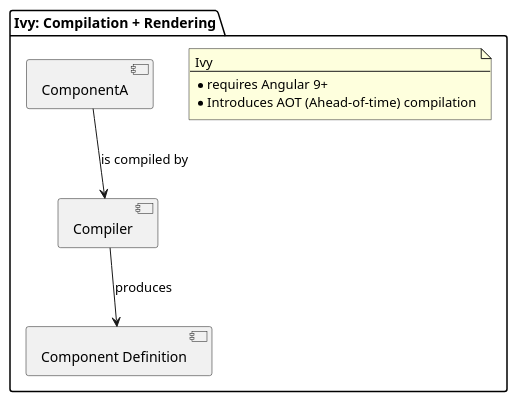
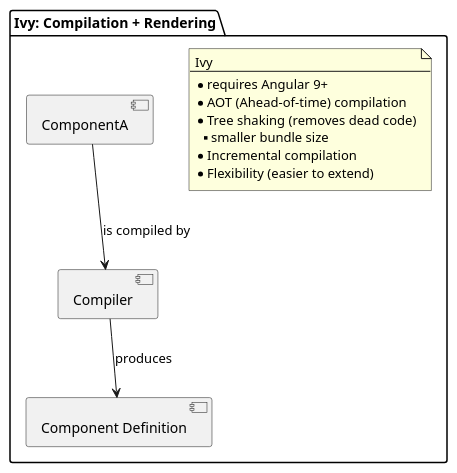
Before and after one commit to pgpbpadilla/reading-notes-angular: the diagram in ivy-compiler.puml, drawn with PlantUML.

Commit message:
new: doc: list goals of the new compiler

```diff
--- a/ivy-compiler.puml
+++ b/ivy-compiler.puml
@@ -1,19 +1,23 @@
 @startuml
 
 
 'Ivy Compiler
 
 package "Ivy: Compilation + Rendering" as IVY {
 	note as IvyN
 	Ivy
 	---
 	* requires Angular 9+
-	* Introduces AOT (Ahead-of-time) compilation
+	* AOT (Ahead-of-time) compilation
+	* Tree shaking (removes dead code)
+	** smaller bundle size
+	* Incremental compilation
+	* Flexibility (easier to extend)
 	end note
 
 	' Component Definition generation
 	[ComponentA] --> [Compiler]: is compiled by
 	component "Component Definition" as ComponentDef1
 	Compiler --> ComponentDef1: produces
 }
 @enduml
```
